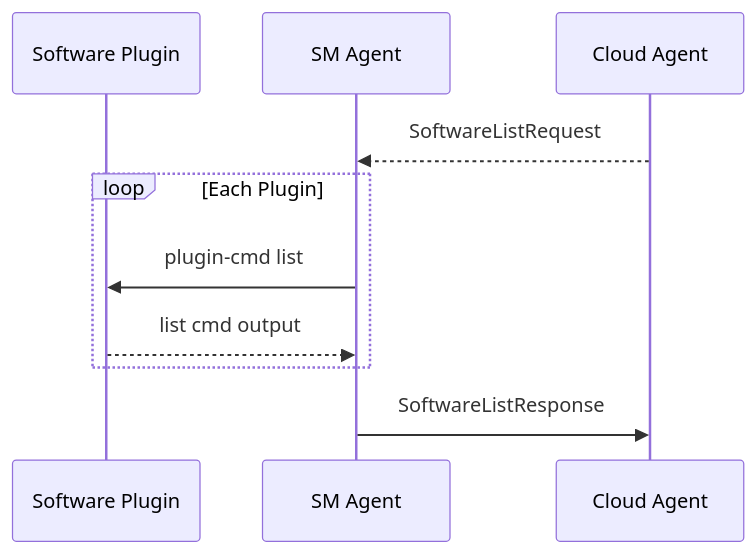
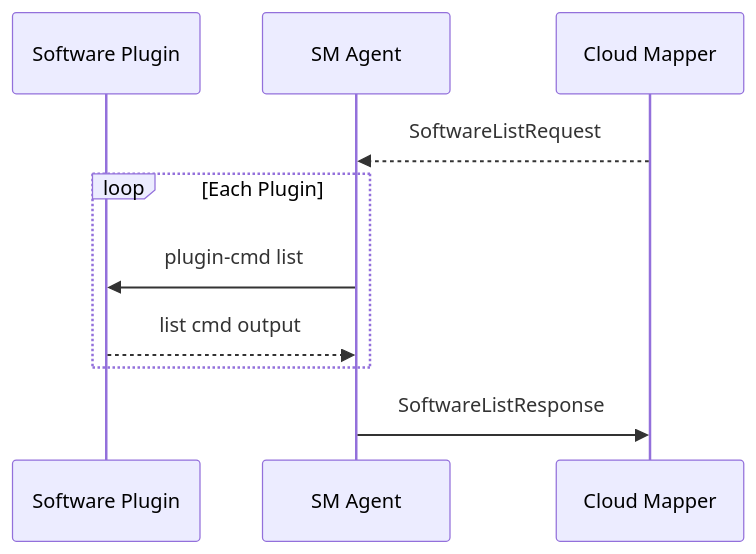
The second of 3 diagrams in src/software-management/sm-agent.md (thin-edge/thin-edge.io-specs), drawn with Mermaid before and after one commit. The commit also changed other lines of this file, not shown here.

````diff
--- a/src/software-management/sm-agent.md
+++ b/src/software-management/sm-agent.md
@@ -50,12 +50,12 @@
 ```mermaid
 sequenceDiagram
     participant Software Plugin
     participant SM Agent
-    participant Cloud Agent
-    Cloud Agent-->>SM Agent: SoftwareListRequest
+    participant Cloud Mapper
+    Cloud Mapper-->>SM Agent: SoftwareListRequest
     loop Each Plugin
         SM Agent->>Software Plugin: plugin-cmd list
         Software Plugin-->>SM Agent: list cmd output
     end
-    SM Agent->>Cloud Agent: SoftwareListResponse
+    SM Agent->>Cloud Mapper: SoftwareListResponse
 ```
````
